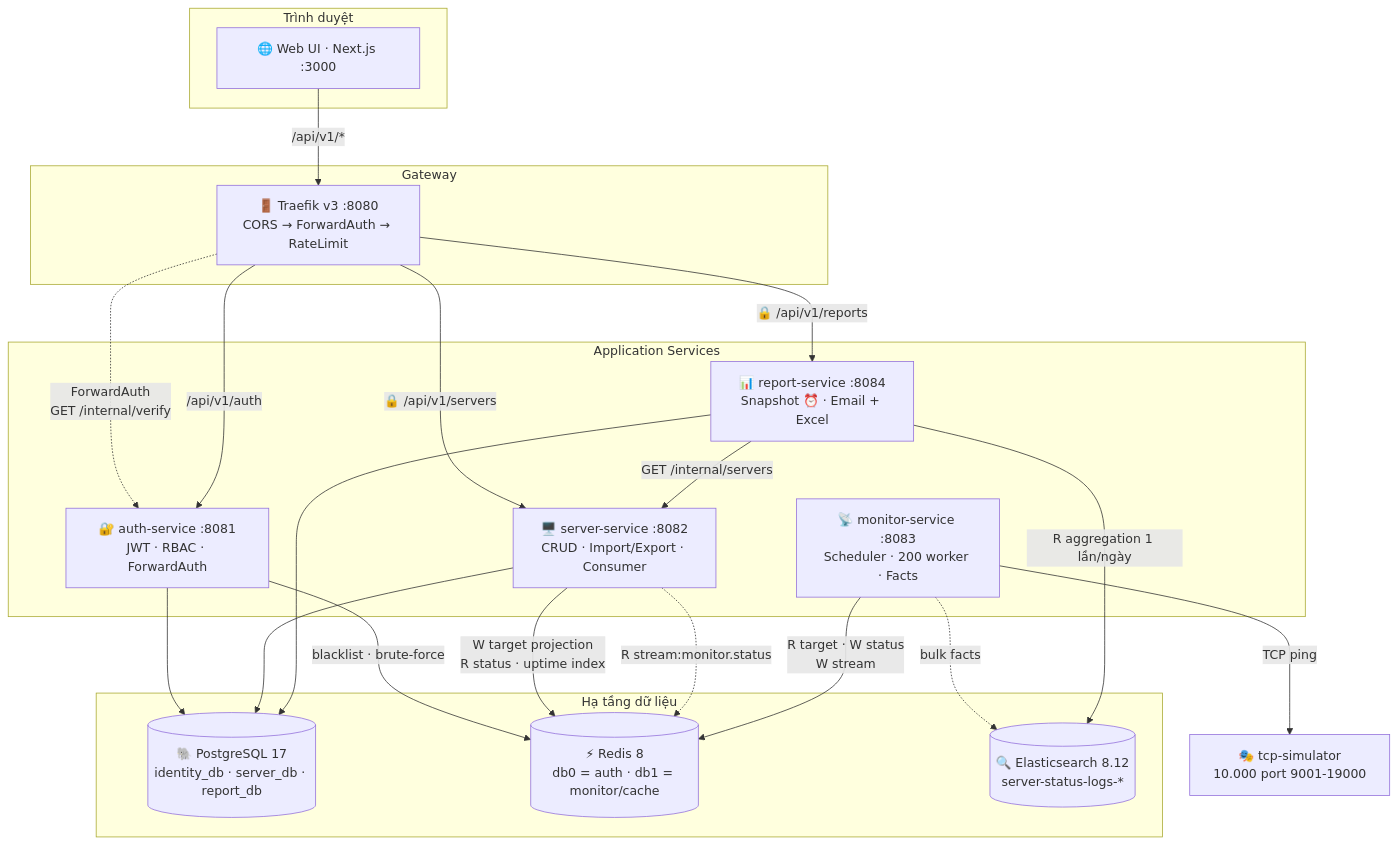
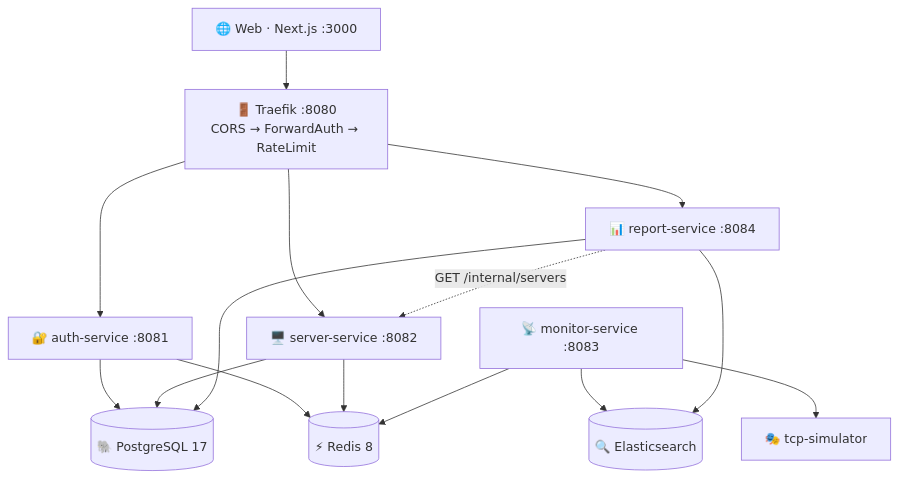
One commit to dwchwang/sms_microservice changed the second of 5 diagrams in .claude/diagrams/architecture-diagram.md. Above: the diagram before and after it, drawn with Mermaid. The commit also changed other lines of this file and 4 other files, not shown here.

Commit message:
Refactor sequence diagrams and documentation for clarity and accuracy

````diff
--- a/.claude/diagrams/architecture-diagram.md
+++ b/.claude/diagrams/architecture-diagram.md
@@ -32,46 +32,23 @@
 ```mermaid
 graph TB
-    subgraph CLIENT["Trình duyệt"]
-        WEB["🌐 Web UI · Next.js :3000"]
-    end
+    WEB["🌐 Web · Next.js :3000"] --> TRAEFIK["🚪 Traefik :8080<br/>CORS → ForwardAuth → RateLimit"]
 
-    subgraph GATEWAY["Gateway"]
-        TRAEFIK["🚪 Traefik v3 :8080<br/>CORS → ForwardAuth → RateLimit"]
-    end
+    TRAEFIK --> AUTH["🔐 auth-service :8081"]
+    TRAEFIK --> SRV["🖥️ server-service :8082"]
+    TRAEFIK --> REP["📊 report-service :8084"]
+    MON["📡 monitor-service :8083"]
 
-    subgraph APP["Application Services"]
-        AUTH["🔐 auth-service :8081<br/>JWT · RBAC · ForwardAuth"]
-        SRV["🖥️ server-service :8082<br/>CRUD · Import/Export · Consumer"]
-        MON["📡 monitor-service :8083<br/>Scheduler · 200 worker · Facts"]
-        REP["📊 report-service :8084<br/>Snapshot ⏰ · Email + Excel"]
-    end
+    AUTH --> PG[("🐘 PostgreSQL 17")]
+    SRV --> PG
+    REP --> PG
 
-    subgraph DATA["Hạ tầng dữ liệu"]
-        PG[("🐘 PostgreSQL 17<br/>identity_db · server_db · report_db")]
-        REDIS[("⚡ Redis 8<br/>db0 = auth · db1 = monitor/cache")]
-        ES[("🔍 Elasticsearch 8.12<br/>server-status-logs-*")]
-    end
+    AUTH --> REDIS[("⚡ Redis 8")]
+    SRV --> REDIS
+    MON --> REDIS
 
-    SIM["🎭 tcp-simulator<br/>10.000 port 9001-19000"]
+    MON --> ES[("🔍 Elasticsearch")]
+    REP --> ES
+    MON --> SIM["🎭 tcp-simulator"]
 
-    WEB -->|"/api/v1/*"| TRAEFIK
-    TRAEFIK -.->|"ForwardAuth<br/>GET /internal/verify"| AUTH
-    TRAEFIK -->|"/api/v1/auth"| AUTH
-    TRAEFIK -->|"🔒 /api/v1/servers"| SRV
-    TRAEFIK -->|"🔒 /api/v1/reports"| REP
-
-    AUTH --> PG
-    AUTH -->|"blacklist · brute-force"| REDIS
-
-    SRV --> PG
-    SRV -->|"W target projection<br/>R status · uptime index"| REDIS
-    SRV -.->|"R stream:monitor.status"| REDIS
-
-    MON -->|"R target · W status<br/>W stream"| REDIS
-    MON -.->|"bulk facts"| ES
-    MON -->|"TCP ping"| SIM
-
-    REP --> PG
-    REP -->|"R aggregation 1 lần/ngày"| ES
-    REP -->|"GET /internal/servers"| SRV
+    REP -. "GET /internal/servers" .-> SRV
 ```
````
